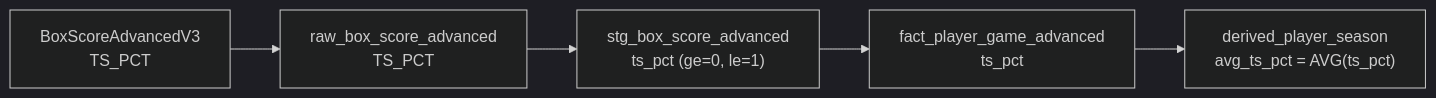
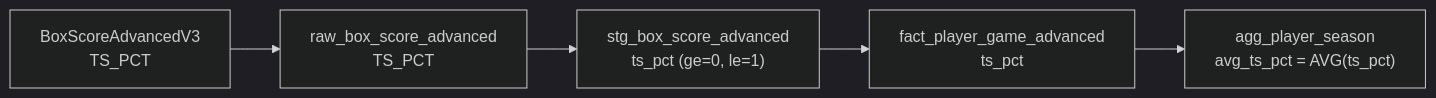
Before and after one commit to wyattowalsh/nbadb: the fifth of 11 diagrams in docs/content/docs/lineage/column-lineage.mdx, drawn with Mermaid (dark theme). The commit also changed other lines of this file and 318 other files, not shown here.

````diff
--- a/docs/content/docs/lineage/column-lineage.mdx
+++ b/docs/content/docs/lineage/column-lineage.mdx
@@ -81,7 +131,7 @@
 ```mermaid
 flowchart LR
     A["BoxScoreAdvancedV3\nTS_PCT"] --> B["raw_box_score_advanced\nTS_PCT"]
     B --> C["stg_box_score_advanced\nts_pct (ge=0, le=1)"]
     C --> D["fact_player_game_advanced\nts_pct"]
-    D --> E["derived_player_season\navg_ts_pct = AVG(ts_pct)"]
+    D --> E["agg_player_season\navg_ts_pct = AVG(ts_pct)"]
 ```
````
